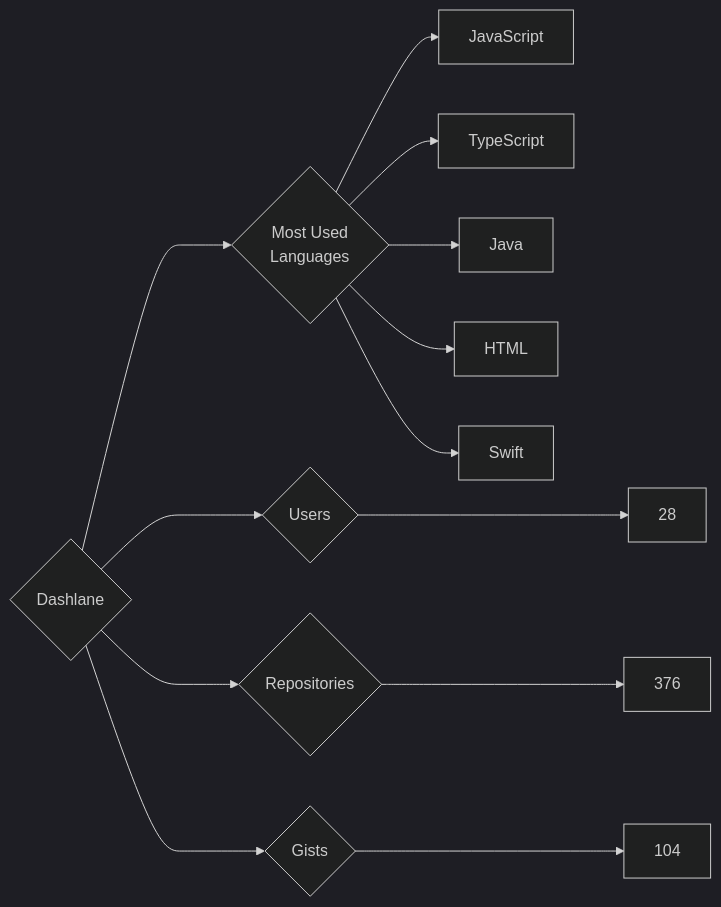
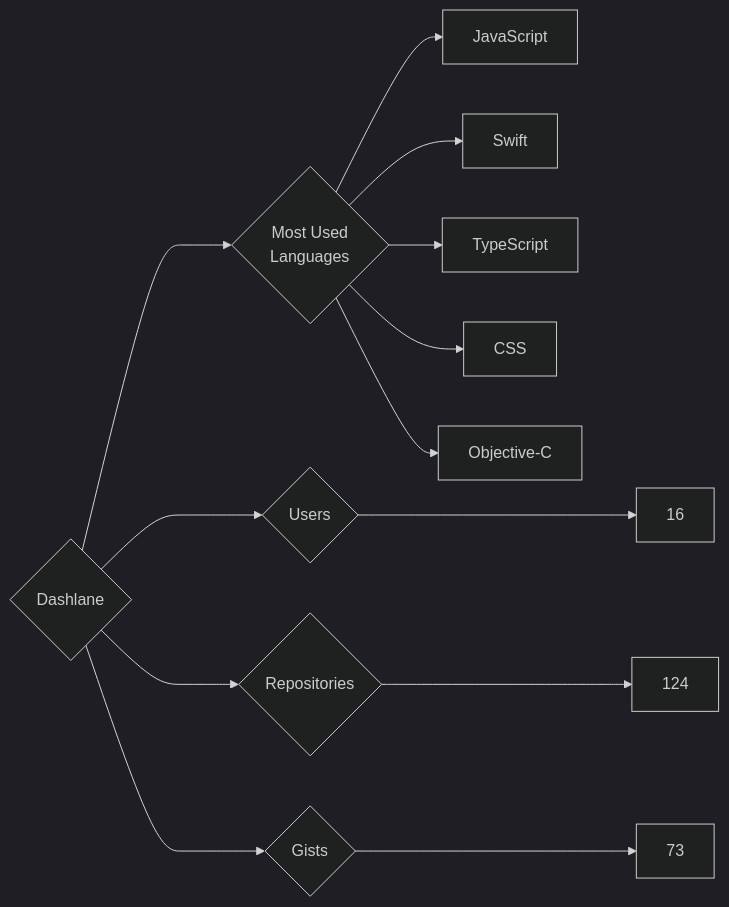
One commit to trickest/insiders changed the diagram in targets/Dashlane/README.md. Above: the diagram before and after it, drawn with Mermaid (dark theme). The commit also changed 870 other files, not shown here.

````diff
--- a/targets/Dashlane/README.md
+++ b/targets/Dashlane/README.md
@@ -3,13 +3,13 @@
 ```mermaid
 graph LR
 COMPANY_NAME{Dashlane}
-COMPANY_NAME ---> U{Users} ---> UN[28]
-COMPANY_NAME ---> R{Repositories} ---> RN[376]
-COMPANY_NAME ---> G{Gists} ---> GN[104]
+COMPANY_NAME ---> U{Users} ---> UN[16]
+COMPANY_NAME ---> R{Repositories} ---> RN[124]
+COMPANY_NAME ---> G{Gists} ---> GN[73]
 COMPANY_NAME ---> ML{Most Used<br>Languages}
 ML --> JavaScript[JavaScript]
+ML --> Swift[Swift]
 ML --> TypeScript[TypeScript]
-ML --> Java[Java]
-ML --> HTML[HTML]
-ML --> Swift[Swift]
+ML --> CSS[CSS]
+ML --> Objective-C[Objective-C]
 ```
````
